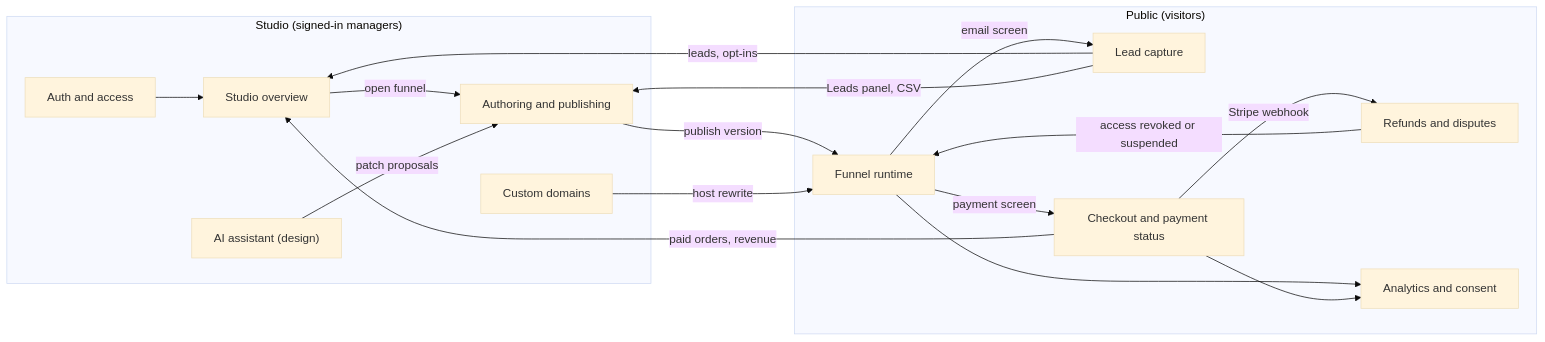
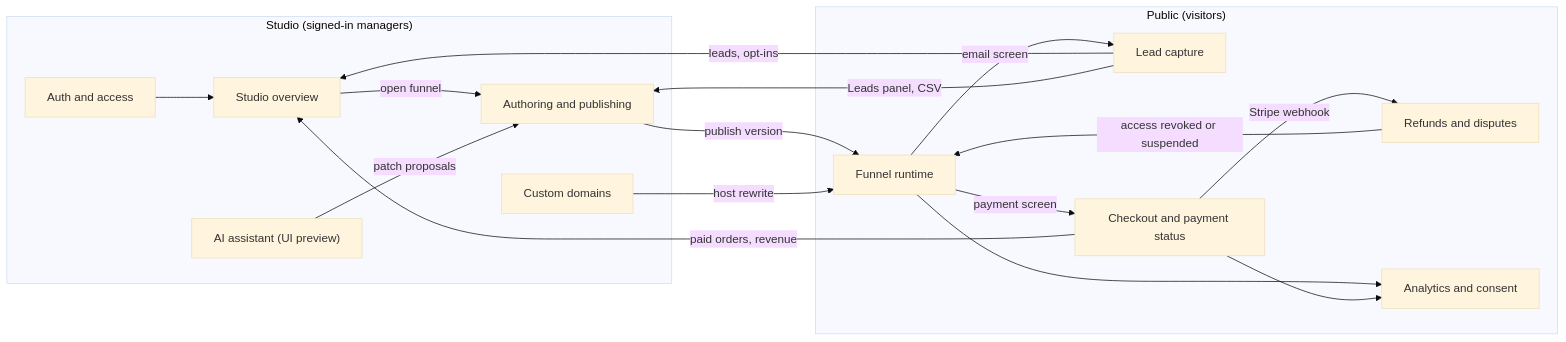
One commit to arturklimovich-eng/vibefunel changed the diagram in docs/features/00-map.md. Above: the diagram before and after it, drawn with Mermaid (base theme). The commit also changed 14 other files, not shown here.

Commit message:
AI assistant chat panel UI preview with example replies and generative cards

````diff
--- a/docs/features/00-map.md
+++ b/docs/features/00-map.md
@@ -11,41 +11,41 @@
 ```mermaid
 flowchart LR
   subgraph Studio["Studio (signed-in managers)"]
     AUTH["Auth and access"]
     OVER["Studio overview"]
     AUTHOR["Authoring and publishing"]
     DOM["Custom domains"]
-    AI["AI assistant (design)"]
+    AI["AI assistant (UI preview)"]
   end
   subgraph Public["Public (visitors)"]
     RUN["Funnel runtime"]
     LEAD["Lead capture"]
     PAY["Checkout and payment status"]
     REF["Refunds and disputes"]
     AN["Analytics and consent"]
   end
   AUTH --> OVER
   OVER -->|"open funnel"| AUTHOR
   LEAD -->|"leads, opt-ins"| OVER
   PAY -->|"paid orders, revenue"| OVER
   AI -->|"patch proposals"| AUTHOR
   AUTHOR -->|"publish version"| RUN
   DOM -->|"host rewrite"| RUN
   RUN -->|"email screen"| LEAD
   LEAD -->|"Leads panel, CSV"| AUTHOR
   RUN -->|"payment screen"| PAY
   PAY -->|"Stripe webhook"| REF
   REF -->|"access revoked or suspended"| RUN
   RUN --> AN
   PAY --> AN
   click AUTH "./70-auth-access.md"
   click AUTHOR "./10-authoring.md"
   click OVER "./15-studio-overview.md"
   click DOM "./50-custom-domains.md"
   click RUN "./20-runtime.md"
   click LEAD "./25-lead-capture.md"
   click PAY "./30-checkout.md"
   click REF "./40-refunds-disputes.md"
   click AN "./60-analytics-consent.md"
   click AI "./80-ai-assistant.md"
 ```
````
